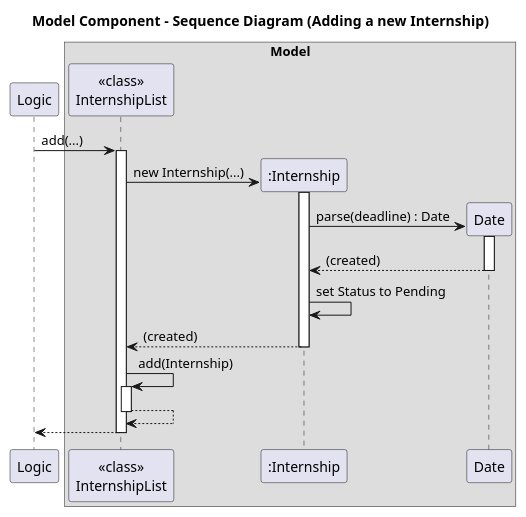
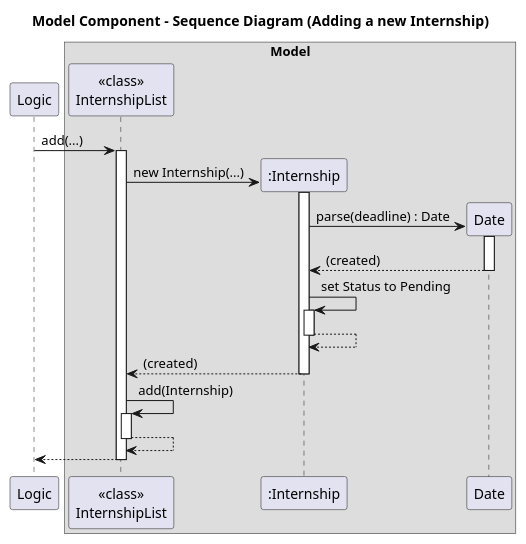
Before and after one commit to AY2526S1-CS2113-W14-4/tp: the diagram in docs/diagrams/ModelComponentSD_Add.puml, drawn with PlantUML. The commit also changed 4 other files, not shown here.

Commit message:
Fix diagrams

```diff
--- a/docs/diagrams/ModelComponentSD_Add.puml
+++ b/docs/diagrams/ModelComponentSD_Add.puml
@@ -1,49 +1,52 @@
 @startuml
 title Model Component - Sequence Diagram (Adding a new Internship)
 ' Model Component Sequence Diagram
 ' Shows interactions between Logic, Model, InternshipList, Internship, Date and Status
 ' Additional abstract components: Logic (parses commands) and Storage (persists data)
 '
 participant Logic as "Logic"
 
 
 box Model
 participant InternshipList as "<<class>>\nInternshipList"
 participant Internship as ":Internship"
 participant Date as "Date"
 endbox
 
 ' --- Scenario 1: Adding a new internship ---
 ' User types an `add` command; Logic parses and hands off a semantic request to Model
 ' Model validates high-level constraints then delegates to the list component
 Logic -> InternshipList: add(...)
 activate InternshipList
 ' InternshipList constructs a new Internship object (calls constructor)
 create Internship
 InternshipList -> Internship: new Internship(...)
 activate Internship
 ' Internship object parses and stores a Date and Status internally
 create Date
 Internship -> Date: parse(deadline) : Date
 activate Date
 Date --> Internship: (created)
 deactivate Date
 
 Internship -> Internship : set Status to Pending
+activate Internship
+Internship --> Internship
+deactivate Internship
 ' Construction returns the Internship instance to InternshipList
 Internship --> InternshipList: (created)
 deactivate Internship
 
 ' InternshipList appends to internal collection
 
 InternshipList -> InternshipList: add(Internship)
 activate InternshipList
 
 ' After mutation, Model requests Storage to persist the updated list
 InternshipList --> InternshipList
 deactivate InternshipList
 
 Logic <-- InternshipList
 deactivate InternshipList
 
 @enduml
```
